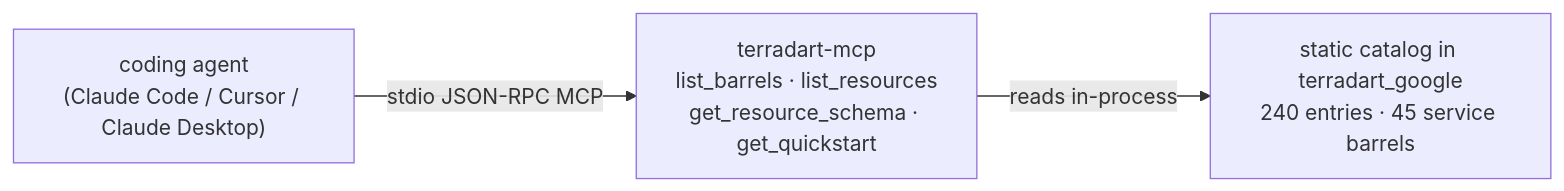
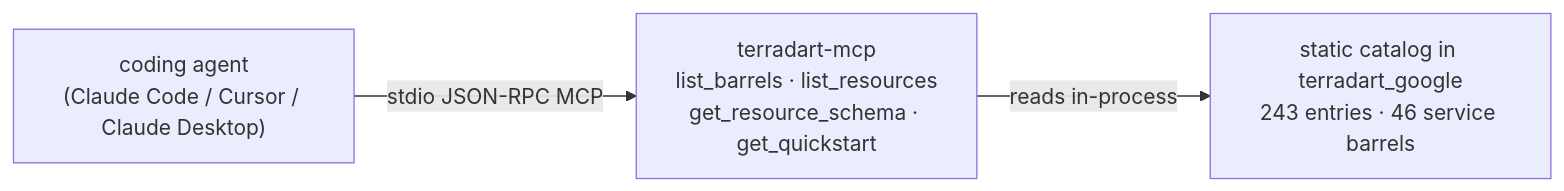
The diagram in website/src/content/docs/docs/agent/index.md (nozomi-koborinai/terradart), drawn with Mermaid before and after one commit. The commit also changed other lines of this file and 33 other files, not shown here.

````diff
--- a/website/src/content/docs/docs/agent/index.md
+++ b/website/src/content/docs/docs/agent/index.md
@@ -12,8 +12,8 @@
 ```mermaid
 graph LR
   agent["coding agent<br/>(Claude Code / Cursor / Claude Desktop)"]
   mcp["terradart-mcp<br/>list_barrels · list_resources<br/>get_resource_schema · get_quickstart"]
-  catalog["static catalog in terradart_google<br/>240 entries · 45 service barrels"]
+  catalog["static catalog in terradart_google<br/>243 entries · 46 service barrels"]
   agent -->|stdio JSON-RPC MCP| mcp
   mcp -->|reads in-process| catalog
 ```
````
